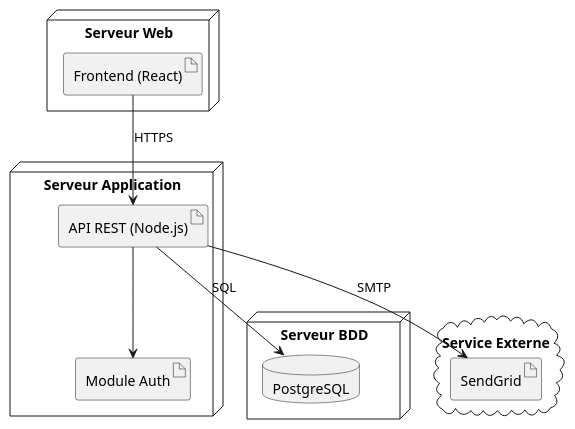
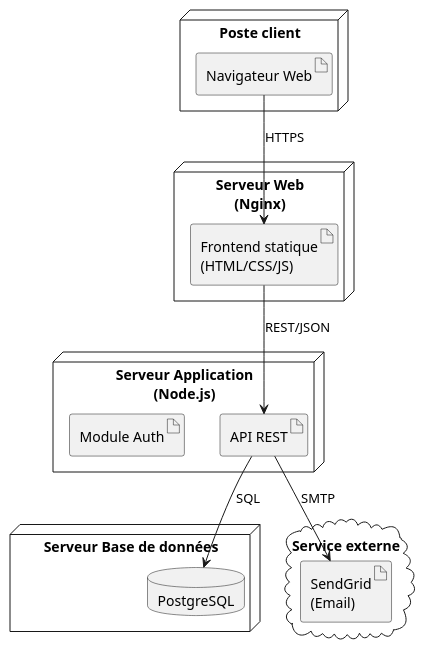
Before and after one commit to JR-CIEL-2-PROGRAMMATION/uml-learning: the second of 2 diagrams in 07-diagramme-composants-deploiement/apport-de-connaissance/apport-de-connaissance.md, drawn with PlantUML. The commit also changed other lines of this file and 24 other files, not shown here.

First line of the commit message:
Remplacer Mermaid par PlantUML dans tous les apports de connaissance

````diff
--- a/07-diagramme-composants-deploiement/apport-de-connaissance/apport-de-connaissance.md
+++ b/07-diagramme-composants-deploiement/apport-de-connaissance/apport-de-connaissance.md
@@ -201,25 +77,29 @@
 ```plantuml
 @startuml
-node "Serveur Web" {
-    artifact "Frontend (React)" as FE
+node "Poste client" {
+    artifact "Navigateur Web"
 }
 
-node "Serveur Application" {
-    artifact "API REST (Node.js)" as API
-    artifact "Module Auth" as Auth
+node "Serveur Web\n(Nginx)" {
+    artifact "Frontend statique\n(HTML/CSS/JS)"
 }
 
-node "Serveur BDD" {
-    database "PostgreSQL" as DB
+node "Serveur Application\n(Node.js)" {
+    artifact "API REST"
+    artifact "Module Auth"
 }
 
-cloud "Service Externe" {
-    artifact "SendGrid" as Email
+node "Serveur Base de données" {
+    database "PostgreSQL"
 }
 
-FE --> API : HTTPS
-API --> Auth
-API --> DB : SQL
-API --> Email : SMTP
+cloud "Service externe" {
+    artifact "SendGrid\n(Email)"
+}
+
+"Navigateur Web" --> "Frontend statique\n(HTML/CSS/JS)" : HTTPS
+"Frontend statique\n(HTML/CSS/JS)" --> "API REST" : REST/JSON
+"API REST" --> "PostgreSQL" : SQL
+"API REST" --> "SendGrid\n(Email)" : SMTP
 @enduml
 ```
````
